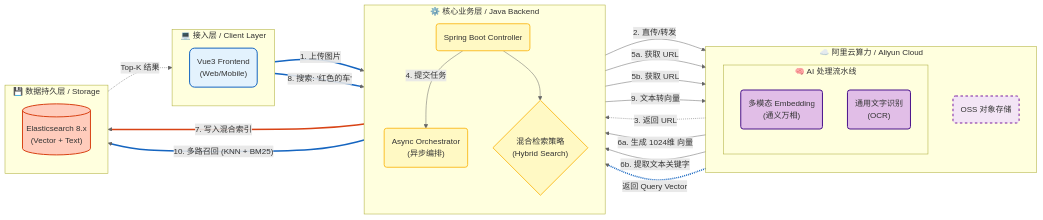
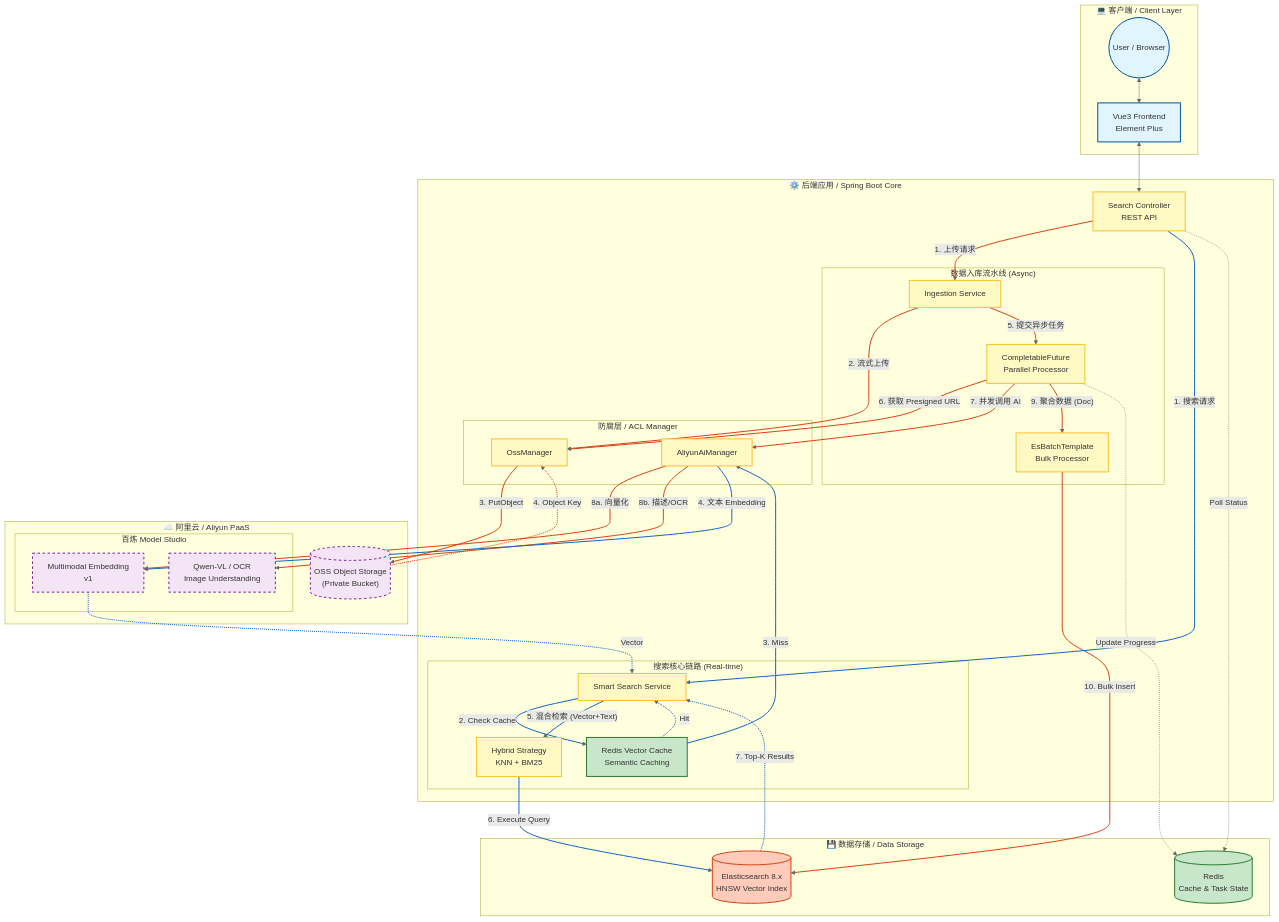
The diagram in README.md (ryanmeowy/smart-vision), drawn with Mermaid before and after one commit. The commit also changed 1 other file, not shown here.

Commit message:
docs(readme): 更新架构图与链路说明

````diff
--- a/README.md
+++ b/README.md
@@ -22,73 +22,102 @@
 ```mermaid
-graph LR
-    %% ================= 定义样式 =================
-    classDef client fill:#e3f2fd,stroke:#1565c0,stroke-width:2px,rx:10,ry:10;
-    classDef backend fill:#fff9c4,stroke:#fbc02d,stroke-width:2px,rx:5,ry:5;
-    classDef cloud fill:#f3e5f5,stroke:#7b1fa2,stroke-width:2px,stroke-dasharray: 5 5,rx:5,ry:5;
-    classDef ai fill:#e1bee7,stroke:#4a148c,stroke-width:2px,rx:5,ry:5;
-    classDef storage fill:#ffccbc,stroke:#d84315,stroke-width:2px,rx:5,ry:5;
-    classDef note fill:#fff,stroke:#333,stroke-dasharray: 2 2;
+graph TD
+    %% ================= 样式定义 =================
+    classDef user fill:#e1f5fe,stroke:#01579b,stroke-width:2px;
+    classDef app fill:#fff9c4,stroke:#fbc02d,stroke-width:2px;
+    classDef cloud fill:#f3e5f5,stroke:#7b1fa2,stroke-width:2px,stroke-dasharray: 5 5;
+    classDef db fill:#ffccbc,stroke:#d84315,stroke-width:2px;
+    classDef cache fill:#c8e6c9,stroke:#2e7d32,stroke-width:2px;
 
-    %% ================= 1. 接入层 =================
-    subgraph Client_Layer [💻 接入层 / Client Layer]
-        direction TB
-        UI("Vue3 Frontend<br>(Web/Mobile)"):::client
+    %% ================= 1. 客户端层 =================
+    subgraph Client_Layer [💻 客户端 / Client Layer]
+        User((User / Browser)):::user
+        Vue[Vue3 Frontend<br>Element Plus]:::user
     end
 
-    %% ================= 2. 核心服务层 =================
-    subgraph Service_Layer [⚙️ 核心业务层 / Java Backend]
-        direction TB
-        API("Spring Boot Controller"):::backend
-        AsyncService("Async Orchestrator<br>(异步编排)"):::backend
-        SearchStrategy{"混合检索策略<br>(Hybrid Search)"}:::backend
-    end
+    %% ================= 2. 应用服务层 =================
+    subgraph App_Layer [⚙️ 后端应用 / Spring Boot Core]
+        API[Search Controller<br>REST API]:::app
+        
+        subgraph Ingestion_Flow ["数据入库流水线 (Async)"]
+            IngestionService[Ingestion Service]:::app
+            BatchProcessor[CompletableFuture<br>Parallel Processor]:::app
+            EsBatchTemplate[EsBatchTemplate<br>Bulk Processor]:::app
+        end
 
-    %% ================= 3. 云原生 AI 能力层 =================
-    subgraph Cloud_Layer [☁️ 阿里云算力 / Aliyun Cloud]
-        direction TB
-        OSS("OSS 对象存储"):::cloud
+        subgraph Search_Flow ["搜索核心链路 (Real-time)"]
+            SearchService[Smart Search Service]:::app
+            VectorCache[Redis Vector Cache<br>Semantic Caching]:::cache
+            HybridStrategy[Hybrid Strategy<br>KNN + BM25]:::app
+        end
         
-        subgraph AI_Pipeline [🧠 AI 处理流水线]
-            direction TB
-            Model_Embed("多模态 Embedding<br>(通义万相)"):::ai
-            Model_OCR("通用文字识别<br>(OCR)"):::ai
+        subgraph ACL_Layer [防腐层 / ACL Manager]
+            OssMgr[OssManager]:::app
+            AiMgr[AliyunAiManager]:::app
         end
     end
 
-    %% ================= 4. 数据存储层 =================
-    subgraph Data_Layer [💾 数据持久层 / Storage]
-        direction TB
-        ES[("Elasticsearch 8.x<br>(Vector + Text)")]:::storage
+    %% ================= 3. 数据存储层 =================
+    subgraph Storage_Layer [💾 数据存储 / Data Storage]
+        Redis[("Redis<br>Cache & Task State")]:::cache
+        ES[("Elasticsearch 8.x<br>HNSW Vector Index")]:::db
     end
 
-    %% ================= 链路关系 =================
+    %% ================= 4. 云原生基础设施 =================
+    subgraph Cloud_Layer [☁️ 阿里云 / Aliyun PaaS]
+        OSS[("OSS Object Storage<br>(Private Bucket)")]:::cloud
+        
+        subgraph Bailian_AI [百炼 Model Studio]
+            Model_Embed[Multimodal Embedding<br>v1]:::cloud
+            Model_VL[Qwen-VL / OCR<br>Image Understanding]:::cloud
+        end
+    end
+
+    %% ================= 链路关系 (按顺序计数) =================
+
+    %% [0, 1] 交互
+    User <--> Vue
+    Vue <--> API
+
+    %% [2 - 12] 流程 A: 图片批量入库 (红色链路)
+    API -- "1. 上传请求" --> IngestionService
+    IngestionService -- "2. 流式上传" --> OssMgr
+    OssMgr -- "3. PutObject" --> OSS
+    OSS -.->|4. Object Key| OssMgr
     
-    %% --- A. 图片入库流程 (Ingestion) ---
-    UI == "1. 上传图片" ==> API
-    API -- "2. 直传/转发" --> OSS
-    OSS -.->|3. 返回 URL| API
+    IngestionService -- "5. 提交异步任务" --> BatchProcessor
+    BatchProcessor -- "6. 获取 Presigned URL" --> OssMgr
+    BatchProcessor -- "7. 并发调用 AI" --> AiMgr
     
-    API -- "4. 提交任务" --> AsyncService
-    AsyncService -- "5a. 获取 URL" --> Model_Embed
-    AsyncService -- "5b. 获取 URL" --> Model_OCR
+    AiMgr -- "8a. 向量化" --> Model_Embed
+    AiMgr -- "8b. 描述/OCR" --> Model_VL
     
-    Model_Embed -- "6a. 生成 1024维 向量" --> AsyncService
-    Model_OCR -- "6b. 提取文本关键字" --> AsyncService
+    BatchProcessor -- "9. 聚合数据 (Doc)" --> EsBatchTemplate
+    EsBatchTemplate -- "10. Bulk Insert" --> ES
+
+    %% [13 - 21] 流程 B: 混合搜索 (蓝色链路)
+    API -- "1. 搜索请求" --> SearchService
+    SearchService -- "2. Check Cache" --> VectorCache
+    VectorCache -.->|Hit| SearchService
+    VectorCache -- "3. Miss" --> AiMgr
+    AiMgr -- "4. 文本 Embedding" --> Model_Embed
+    Model_Embed -.->|Vector| SearchService
     
-    AsyncService == "7. 写入混合索引" ==> ES
+    SearchService -- "5. 混合检索 (Vector+Text)" --> HybridStrategy
+    HybridStrategy -- "6. Execute Query" --> ES
+    ES -.->|7. Top-K Results| SearchService
 
-    %% --- B. 搜索流程 (Search) ---
-    UI == "8. 搜索: '红色的车'" ==> API
-    API --> SearchStrategy
+    %% [22, 23] 状态更新
+    BatchProcessor -.->|Update Progress| Redis
+    API -.->|Poll Status| Redis
+
+    %% ================= 样式修正 =================
+    %% 移除了 color 属性，只设置 stroke (线色) 和 stroke-width (线宽)，这是最安全的写法
     
-    SearchStrategy -- "9. 文本转向量" --> Model_Embed
-    Model_Embed -.->|返回 Query Vector| SearchStrategy
-    
-    SearchStrategy == "10. 多路召回 (KNN + BM25)" ==> ES
-    ES -.->|Top-K 结果| UI
+    linkStyle default stroke:#666,stroke-width:1px,fill:none;
 
-    %% 样式连接微调
-    linkStyle default stroke:#666,stroke-width:1px,fill:none;
-    linkStyle 0,9,12,13 stroke:#1565c0,stroke-width:3px;
-    linkStyle 8 stroke:#d84315,stroke-width:3px; 
+    %% 写链路 (红色): 对应上面 Index 2 到 12
+    linkStyle 2,3,4,5,6,7,8,9,10,11,12 stroke:#d84315,stroke-width:2px;
+
+    %% 读链路 (蓝色): 对应上面 Index 13 到 21
+    linkStyle 13,14,15,16,17,18,19,20,21 stroke:#1565c0,stroke-width:2px;
 ```
````
